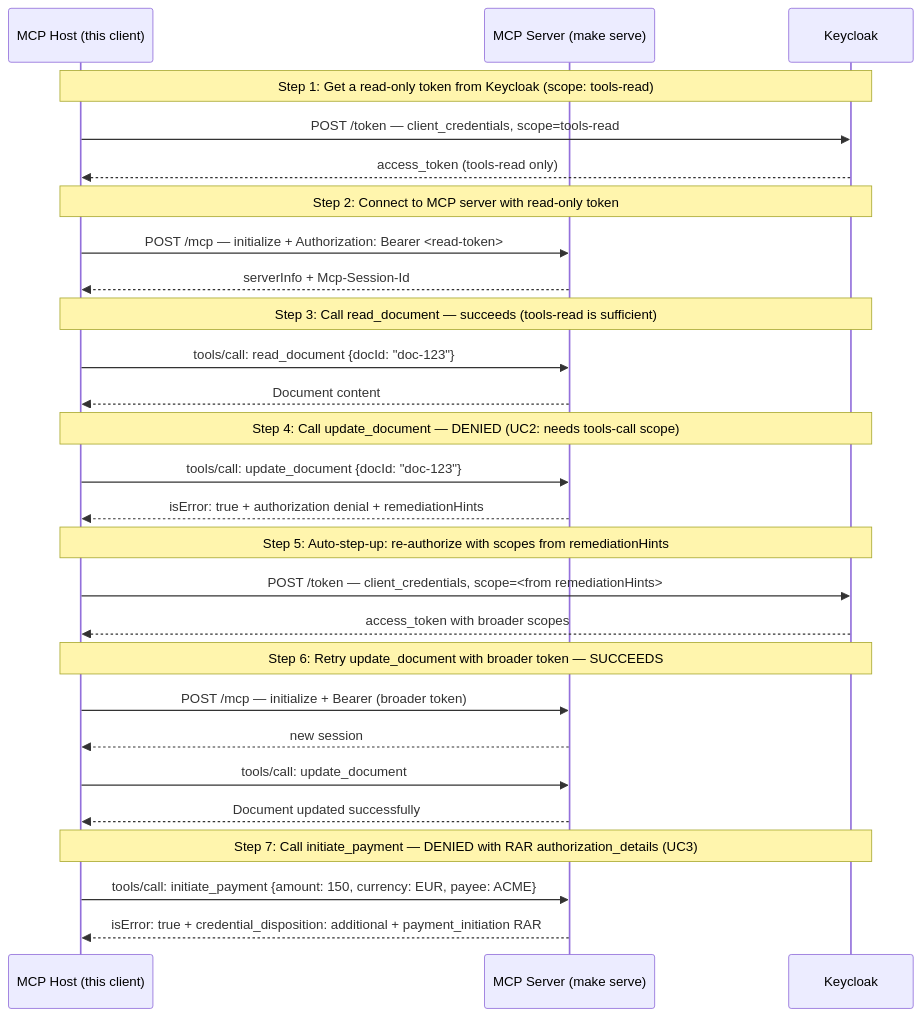
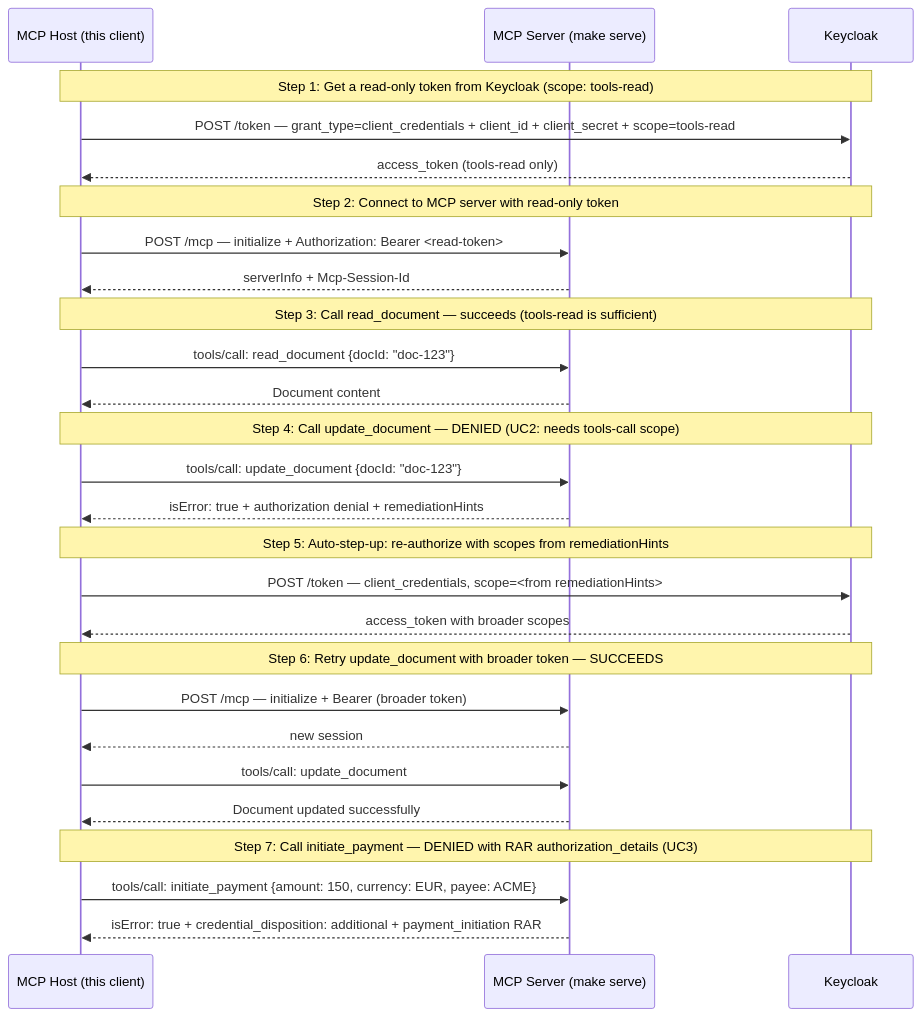
One commit to panyam/mcpkit changed the diagram in examples/fine-grained-auth/README.md. Above: the diagram before and after it, drawn with Mermaid. The commit also changed other lines of this file and 2 other files, not shown here.

````diff
--- a/examples/fine-grained-auth/README.md
+++ b/examples/fine-grained-auth/README.md
@@ -17,36 +17,36 @@
 ```mermaid
 sequenceDiagram
     participant Host as MCP Host (this client)
     participant Server as MCP Server (make serve)
     participant KC as Keycloak
 
     Note over Host,KC: Step 1: Get a read-only token from Keycloak (scope: tools-read)
-    Host->>KC: POST /token — client_credentials, scope=tools-read
+    Host->>KC: POST /token — grant_type=client_credentials + client_id + client_secret + scope=tools-read
     KC-->>Host: access_token (tools-read only)
 
     Note over Host,KC: Step 2: Connect to MCP server with read-only token
     Host->>Server: POST /mcp — initialize + Authorization: Bearer <read-token>
     Server-->>Host: serverInfo + Mcp-Session-Id
 
     Note over Host,KC: Step 3: Call read_document — succeeds (tools-read is sufficient)
     Host->>Server: tools/call: read_document {docId: "doc-123"}
     Server-->>Host: Document content
 
     Note over Host,KC: Step 4: Call update_document — DENIED (UC2: needs tools-call scope)
     Host->>Server: tools/call: update_document {docId: "doc-123"}
     Server-->>Host: isError: true + authorization denial + remediationHints
 
     Note over Host,KC: Step 5: Auto-step-up: re-authorize with scopes from remediationHints
     Host->>KC: POST /token — client_credentials, scope=<from remediationHints>
     KC-->>Host: access_token with broader scopes
 
     Note over Host,KC: Step 6: Retry update_document with broader token — SUCCEEDS
     Host->>Server: POST /mcp — initialize + Bearer (broader token)
     Server-->>Host: new session
     Host->>Server: tools/call: update_document
     Server-->>Host: Document updated successfully
 
     Note over Host,KC: Step 7: Call initiate_payment — DENIED with RAR authorization_details (UC3)
     Host->>Server: tools/call: initiate_payment {amount: 150, currency: EUR, payee: ACME}
     Server-->>Host: isError: true + credential_disposition: additional + payment_initiation RAR
 ```
````
